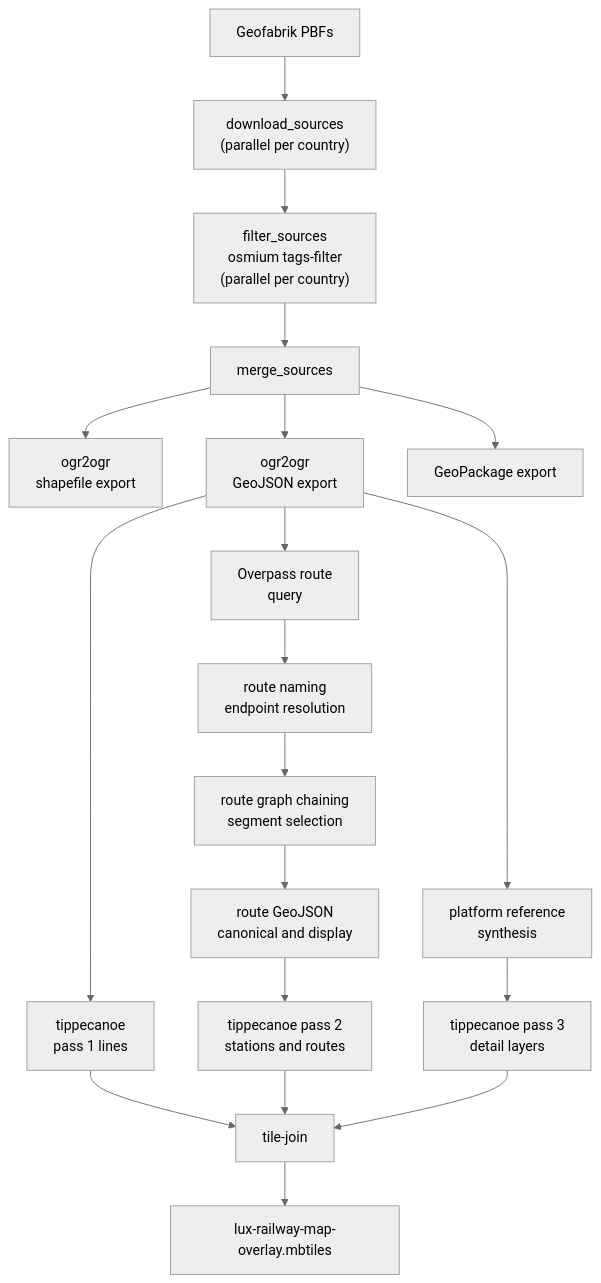
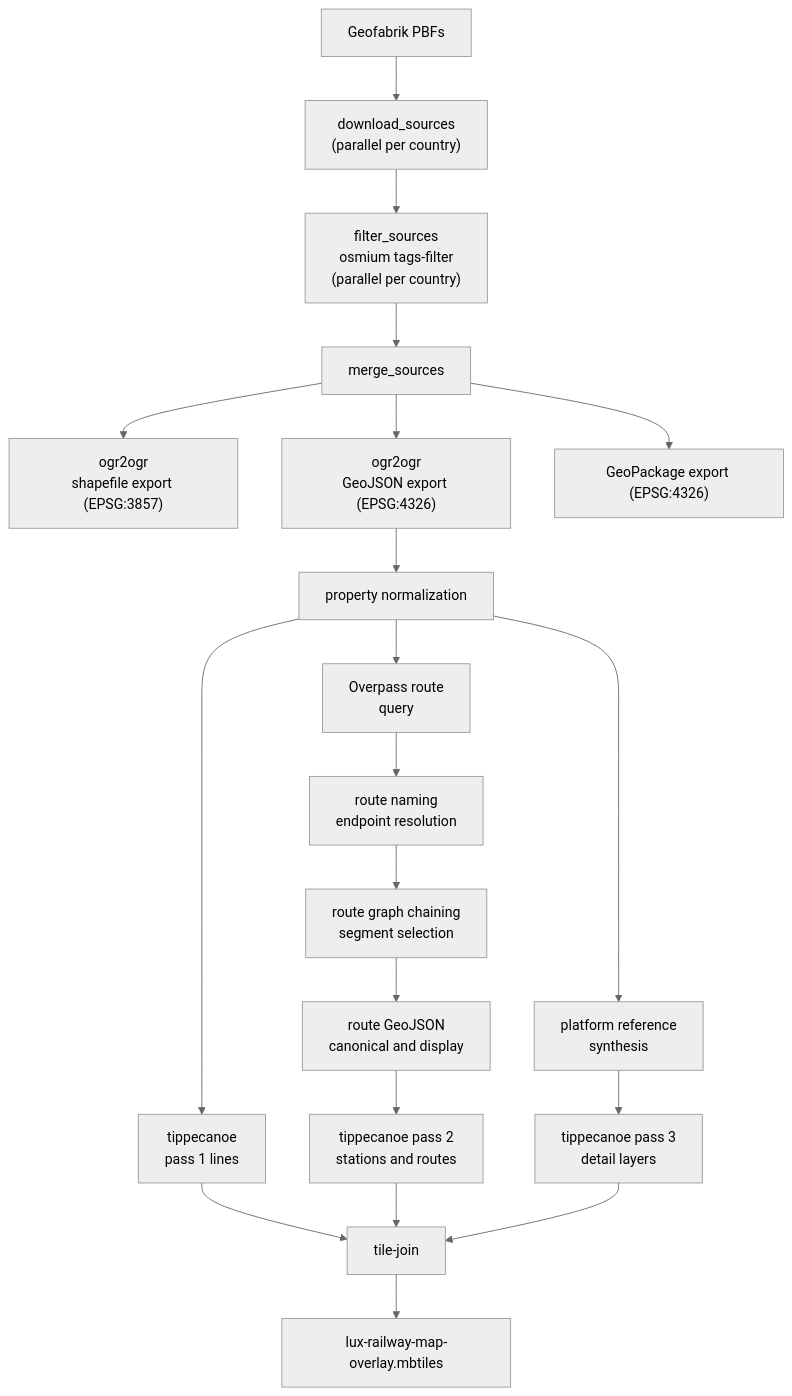
Before and after one commit to Spillgebees/lux-railway-map-overlay: the first of 2 diagrams in docs/developer-pipeline.md, drawn with Mermaid (neutral theme). The commit also changed other lines of this file and 7 other files, not shown here.

````diff
--- a/docs/developer-pipeline.md
+++ b/docs/developer-pipeline.md
@@ -13,21 +59,22 @@
 ```mermaid
 flowchart TD
     A[Geofabrik PBFs] --> B["download_sources<br/>(parallel per country)"]
     B --> C["filter_sources<br/>osmium tags-filter<br/>(parallel per country)"]
     C --> D[merge_sources]
-    D --> E[ogr2ogr<br/>shapefile export]
-    D --> F[ogr2ogr<br/>GeoJSON export]
-    F --> G[platform reference<br/>synthesis]
-    F --> H[Overpass route<br/>query]
+    D --> E["ogr2ogr<br/>shapefile export (EPSG:3857)"]
+    D --> F["ogr2ogr<br/>GeoJSON export (EPSG:4326)"]
+    F --> F2[property normalization]
+    F2 --> G[platform reference<br/>synthesis]
+    F2 --> H[Overpass route<br/>query]
     H --> I[route naming<br/>endpoint resolution]
     I --> J[route graph chaining<br/>segment selection]
     J --> K[route GeoJSON<br/>canonical and display]
-    F --> L[tippecanoe<br/>pass 1 lines]
+    F2 --> L[tippecanoe<br/>pass 1 lines]
     K --> M[tippecanoe pass 2<br/>stations and routes]
     G --> N[tippecanoe pass 3<br/>detail layers]
     L --> O[tile-join]
     M --> O
     N --> O
     O --> P[lux-railway-map-overlay.mbtiles]
-    D --> Q[GeoPackage export]
+    D --> Q["GeoPackage export (EPSG:4326)"]
 ```
````
